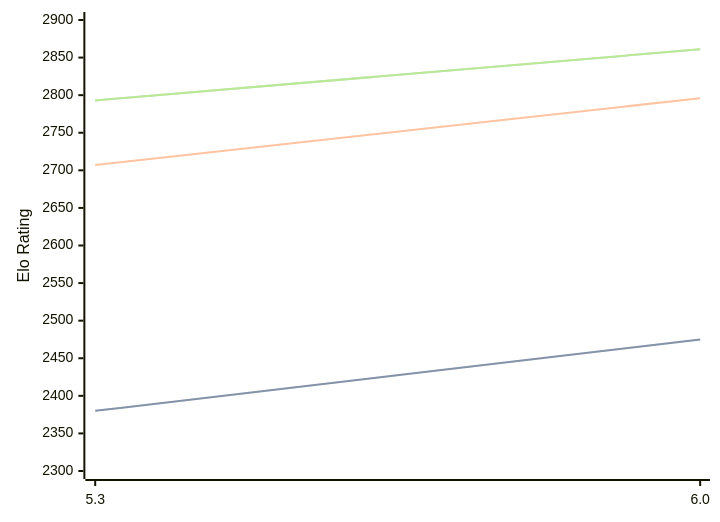
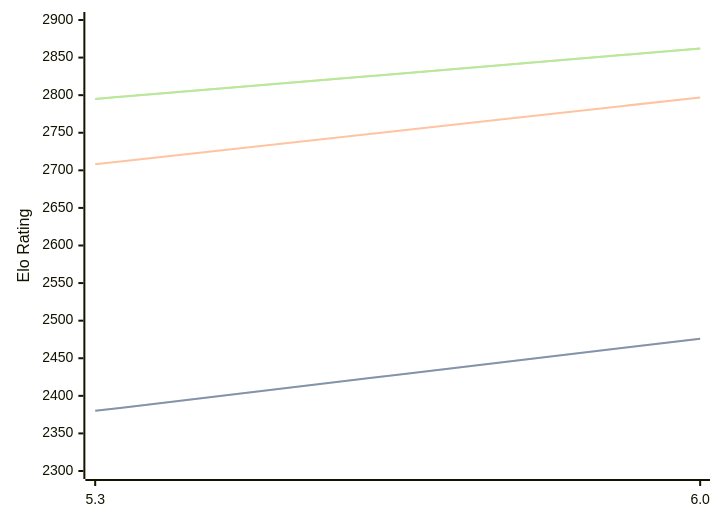
The diagram in engines/tomitankChess.md (computer-chess-index/cci), drawn with Mermaid before and after one commit. The commit also changed other lines of this file, not shown here.

Commit message:
Update CCI Ratings (ELO VLTC) - 2026-06-11

````diff
--- a/engines/tomitankChess.md
+++ b/engines/tomitankChess.md
@@ -40,11 +40,11 @@
 ```mermaid
 %%{init: {"theme":"base","themeVariables":{"seriesColors:['#a3a3a3','#222221','#faa371']}}}%%
 xychart-beta
   x-axis ["5.3", "6.0"]
   y-axis "Elo Rating" 2300 --> 2900
-  line "STC (8.0+0.08s)" [2380, 2475]
-  line "STC (8.0+0.08s)" [2380, 2475]
-  line "LTC (60.0+0.60s)" [2707, 2796]
-  line "VLTC (2m24s+1.12s)" [2793, 2861]
-  line "VLTC (2m24s+1.12s)" [2793, 2861]
+  line "STC (8.0+0.08s)" [2380, 2476]
+  line "STC (8.0+0.08s)" [2380, 2476]
+  line "LTC (60.0+0.60s)" [2708, 2797]
+  line "VLTC (2m24s+1.12s)" [2795, 2862]
+  line "VLTC (2m24s+1.12s)" [2795, 2862]
 ```
````
